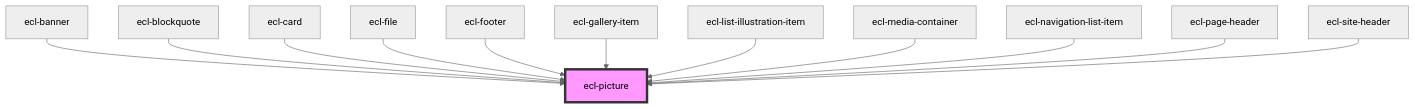
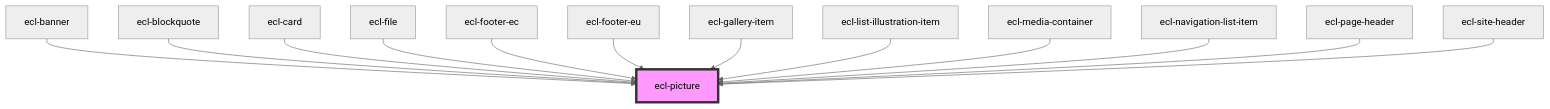
The diagram in src/components/ecl-picture/readme.md (ec-europa/ecl-webcomponents), drawn with Mermaid (neutral theme) before and after one commit. The commit also changed other lines of this file and 15 other files, not shown here.

````diff
--- a/src/components/ecl-picture/readme.md
+++ b/src/components/ecl-picture/readme.md
@@ -38,15 +39,16 @@
 ```mermaid
 graph TD;
   ecl-banner --> ecl-picture
   ecl-blockquote --> ecl-picture
   ecl-card --> ecl-picture
   ecl-file --> ecl-picture
-  ecl-footer --> ecl-picture
+  ecl-footer-ec --> ecl-picture
+  ecl-footer-eu --> ecl-picture
   ecl-gallery-item --> ecl-picture
   ecl-list-illustration-item --> ecl-picture
   ecl-media-container --> ecl-picture
   ecl-navigation-list-item --> ecl-picture
   ecl-page-header --> ecl-picture
   ecl-site-header --> ecl-picture
   style ecl-picture fill:#f9f,stroke:#333,stroke-width:4px
 ```
````
